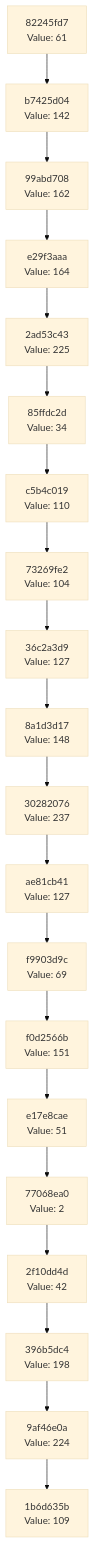
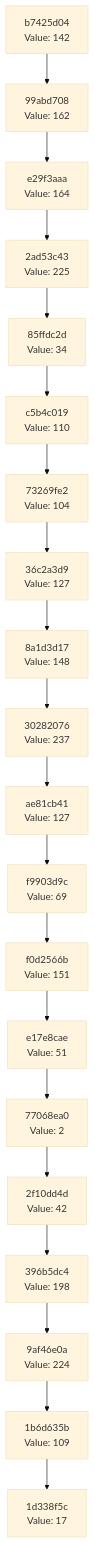
The diagram in docs/CHAIN_VISUALIZATION.md (Abhisheksinha1506/hash-chain-evolver), drawn with Mermaid (base theme) before and after one commit. The commit also changed 1 other file, not shown here.

Commit message:
Evolution Step

````diff
--- a/docs/CHAIN_VISUALIZATION.md
+++ b/docs/CHAIN_VISUALIZATION.md
@@ -3,42 +3,42 @@
 ```mermaid
 graph TD
-    C0["1b6d635b<br/>Value: 109"]
-    C1["9af46e0a<br/>Value: 224"]
+    C0["1d338f5c<br/>Value: 17"]
+    C1["1b6d635b<br/>Value: 109"]
     C1 --> C0
-    C2["396b5dc4<br/>Value: 198"]
+    C2["9af46e0a<br/>Value: 224"]
     C2 --> C1
-    C3["2f10dd4d<br/>Value: 42"]
+    C3["396b5dc4<br/>Value: 198"]
     C3 --> C2
-    C4["77068ea0<br/>Value: 2"]
+    C4["2f10dd4d<br/>Value: 42"]
     C4 --> C3
-    C5["e17e8cae<br/>Value: 51"]
+    C5["77068ea0<br/>Value: 2"]
     C5 --> C4
-    C6["f0d2566b<br/>Value: 151"]
+    C6["e17e8cae<br/>Value: 51"]
     C6 --> C5
-    C7["f9903d9c<br/>Value: 69"]
+    C7["f0d2566b<br/>Value: 151"]
     C7 --> C6
-    C8["ae81cb41<br/>Value: 127"]
+    C8["f9903d9c<br/>Value: 69"]
     C8 --> C7
-    C9["30282076<br/>Value: 237"]
+    C9["ae81cb41<br/>Value: 127"]
     C9 --> C8
-    C10["8a1d3d17<br/>Value: 148"]
+    C10["30282076<br/>Value: 237"]
     C10 --> C9
-    C11["36c2a3d9<br/>Value: 127"]
+    C11["8a1d3d17<br/>Value: 148"]
     C11 --> C10
-    C12["73269fe2<br/>Value: 104"]
+    C12["36c2a3d9<br/>Value: 127"]
     C12 --> C11
-    C13["c5b4c019<br/>Value: 110"]
+    C13["73269fe2<br/>Value: 104"]
     C13 --> C12
-    C14["85ffdc2d<br/>Value: 34"]
+    C14["c5b4c019<br/>Value: 110"]
     C14 --> C13
-    C15["2ad53c43<br/>Value: 225"]
+    C15["85ffdc2d<br/>Value: 34"]
     C15 --> C14
-    C16["e29f3aaa<br/>Value: 164"]
+    C16["2ad53c43<br/>Value: 225"]
     C16 --> C15
-    C17["99abd708<br/>Value: 162"]
+    C17["e29f3aaa<br/>Value: 164"]
     C17 --> C16
-    C18["b7425d04<br/>Value: 142"]
+    C18["99abd708<br/>Value: 162"]
     C18 --> C17
-    C19["82245fd7<br/>Value: 61"]
+    C19["b7425d04<br/>Value: 142"]
     C19 --> C18
 ```
````
